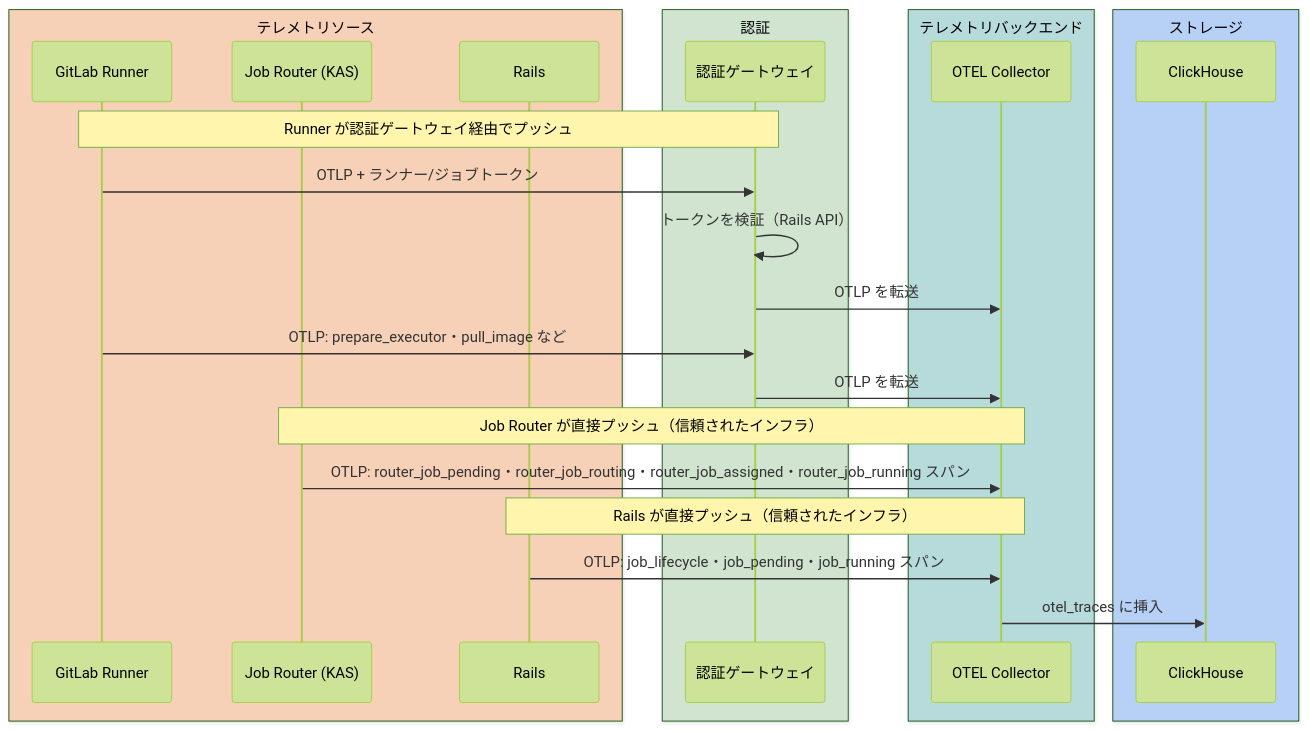
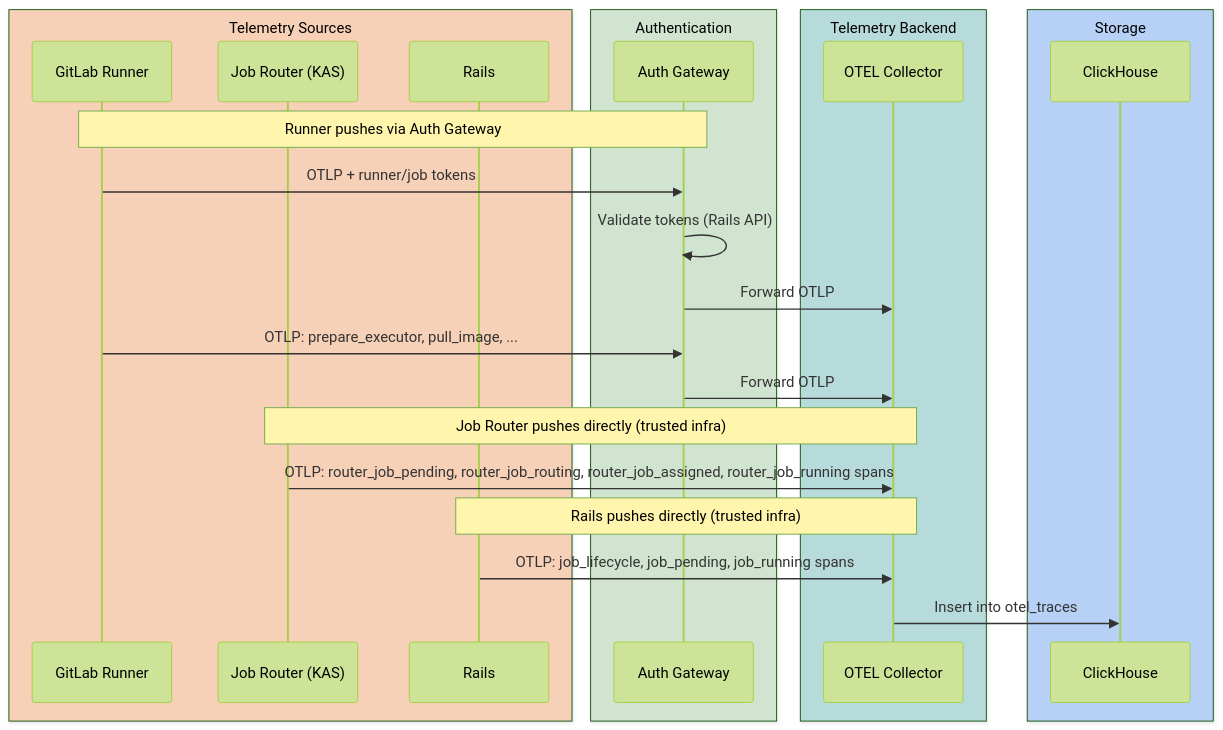
One commit to kyama0/gitlab-handbook-ja changed the second of 2 diagrams in content/handbook/engineering/architecture/design-documents/ci_job_telemetry/_index.md. Above: the diagram before and after it, drawn with Mermaid (forest theme). The commit also changed other lines of this file and 10 other files, not shown here.

Commit message:
translation: update 10 modified engineering data-engineering + architecture design-documents files

````diff
--- a/content/handbook/engineering/architecture/design-documents/ci_job_telemetry/_index.md
+++ b/content/handbook/engineering/architecture/design-documents/ci_job_telemetry/_index.md
@@ -264,31 +241,31 @@
 ```mermaid
 sequenceDiagram
-    box rgba(255, 180, 130, 0.5) テレメトリソース
+    box rgba(255, 180, 130, 0.5) Telemetry Sources
         participant Runner as GitLab Runner
         participant JR as Job Router (KAS)
         participant Rails as Rails
     end
-    box rgba(180, 220, 180, 0.5) 認証
-        participant GW as 認証ゲートウェイ
+    box rgba(180, 220, 180, 0.5) Authentication
+        participant GW as Auth Gateway
     end
-    box rgba(130, 200, 200, 0.5) テレメトリバックエンド
+    box rgba(130, 200, 200, 0.5) Telemetry Backend
         participant Collector as OTEL Collector
     end
-    box rgba(130, 180, 255, 0.5) ストレージ
+    box rgba(130, 180, 255, 0.5) Storage
         participant CH as ClickHouse
     end
 
-    Note over Runner,GW: Runner が認証ゲートウェイ経由でプッシュ
-    Runner->>GW: OTLP + ランナー/ジョブトークン
-    GW->>GW: トークンを検証（Rails API）
-    GW->>Collector: OTLP を転送
-    Runner->>GW: OTLP: prepare_executor・pull_image など
-    GW->>Collector: OTLP を転送
+    Note over Runner,GW: Runner pushes via Auth Gateway
+    Runner->>GW: OTLP + runner/job tokens
+    GW->>GW: Validate tokens (Rails API)
+    GW->>Collector: Forward OTLP
+    Runner->>GW: OTLP: prepare_executor, pull_image, ...
+    GW->>Collector: Forward OTLP
 
-    Note over JR,Collector: Job Router が直接プッシュ（信頼されたインフラ）
-    JR->>Collector: OTLP: router_job_pending・router_job_routing・router_job_assigned・router_job_running スパン
+    Note over JR,Collector: Job Router pushes directly (trusted infra)
+    JR->>Collector: OTLP: router_job_pending, router_job_routing, router_job_assigned, router_job_running spans
 
-    Note over Rails,Collector: Rails が直接プッシュ（信頼されたインフラ）
-    Rails->>Collector: OTLP: job_lifecycle・job_pending・job_running スパン
-    Collector->>CH: otel_traces に挿入
+    Note over Rails,Collector: Rails pushes directly (trusted infra)
+    Rails->>Collector: OTLP: job_lifecycle, job_pending, job_running spans
+    Collector->>CH: Insert into otel_traces
 ```
````
